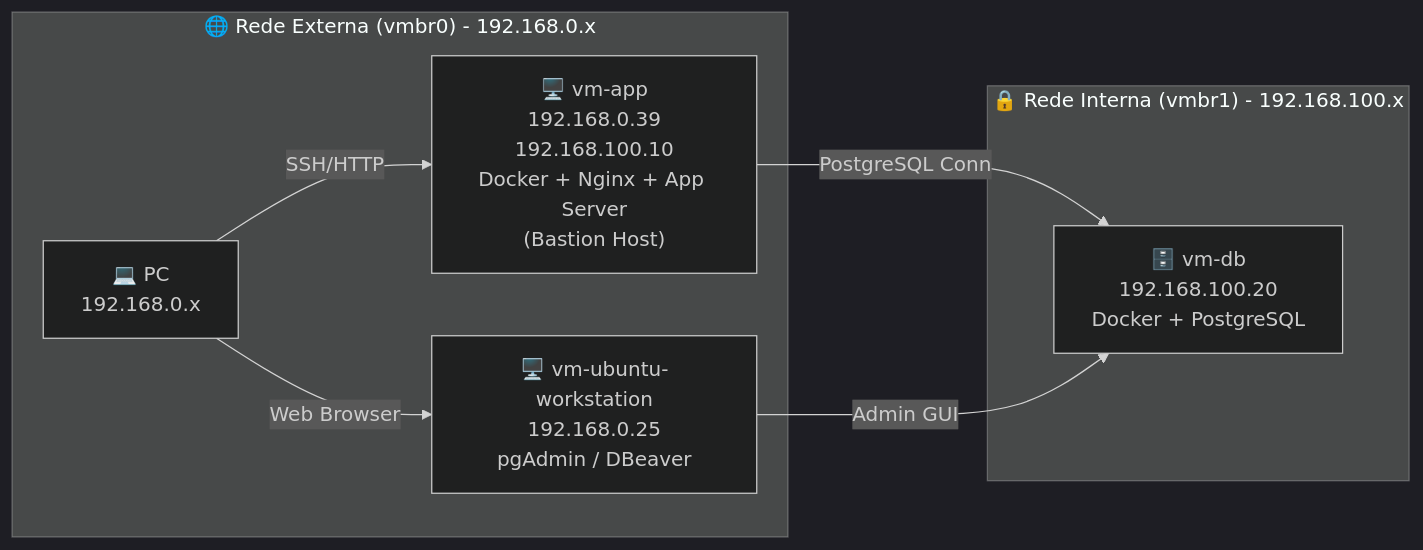
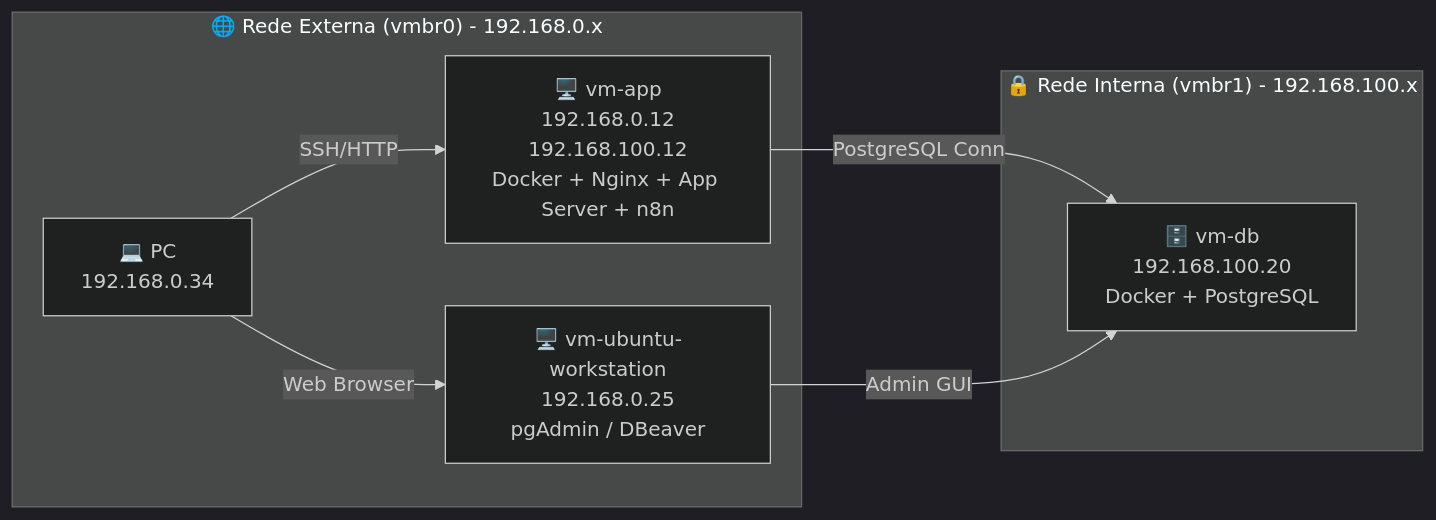
One commit to golberysantos/javahelpers changed the first of 2 diagrams in JavaHelper-AI/docs/architecture/mini-datacenter-documentation.md. Above: the diagram before and after it, drawn with Mermaid (dark theme). The commit also changed other lines of this file and 4 other files, not shown here.

````diff
--- a/JavaHelper-AI/docs/architecture/mini-datacenter-documentation.md
+++ b/JavaHelper-AI/docs/architecture/mini-datacenter-documentation.md
@@ -59,20 +59,21 @@
 ```mermaid
 flowchart LR
-    PC["💻 PC\n192.168.0.x"] -->|SSH/HTTP| VMAPP["🖥️ vm-app\n192.168.0.39\n192.168.100.10\nDocker + Nginx + App Server\n(Bastion Host)"]
+    PC["💻 PC\n192.168.0.34"] -->|SSH/HTTP| VMAPP["🖥️ vm-app\n192.168.0.12\n192.168.100.12\nDocker + Nginx + App Server + n8n"]
     VMAPP -->|PostgreSQL Conn| VMDB["🗄️ vm-db\n192.168.100.20\nDocker + PostgreSQL"]
     PC -->|Web Browser| VMWS["🖥️ vm-ubuntu-workstation\n192.168.0.25\npgAdmin / DBeaver"]
 
     subgraph External_Network ["🌐 Rede Externa (vmbr0) - 192.168.0.x"]
         PC
         VMAPP
         VMWS
     end
 
     subgraph Internal_Network ["🔒 Rede Interna (vmbr1) - 192.168.100.x"]
         VMAPP
         VMDB
         VMWS
     end
 
     VMWS -->|Admin GUI| VMDB
+
 ```
````
